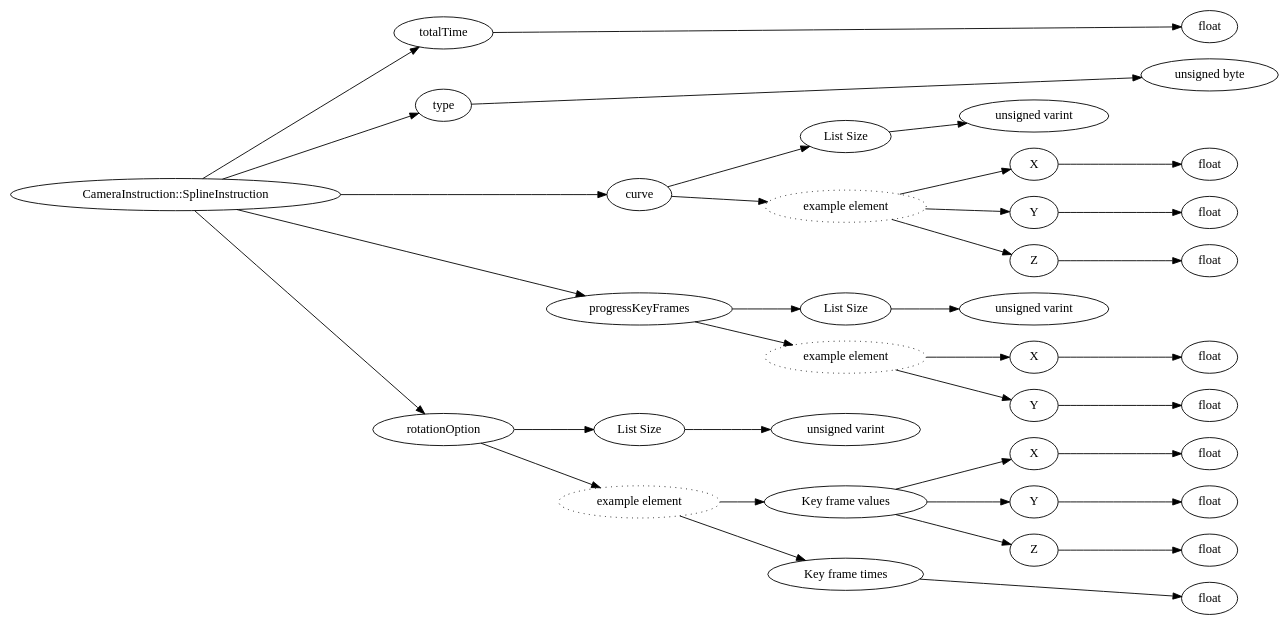
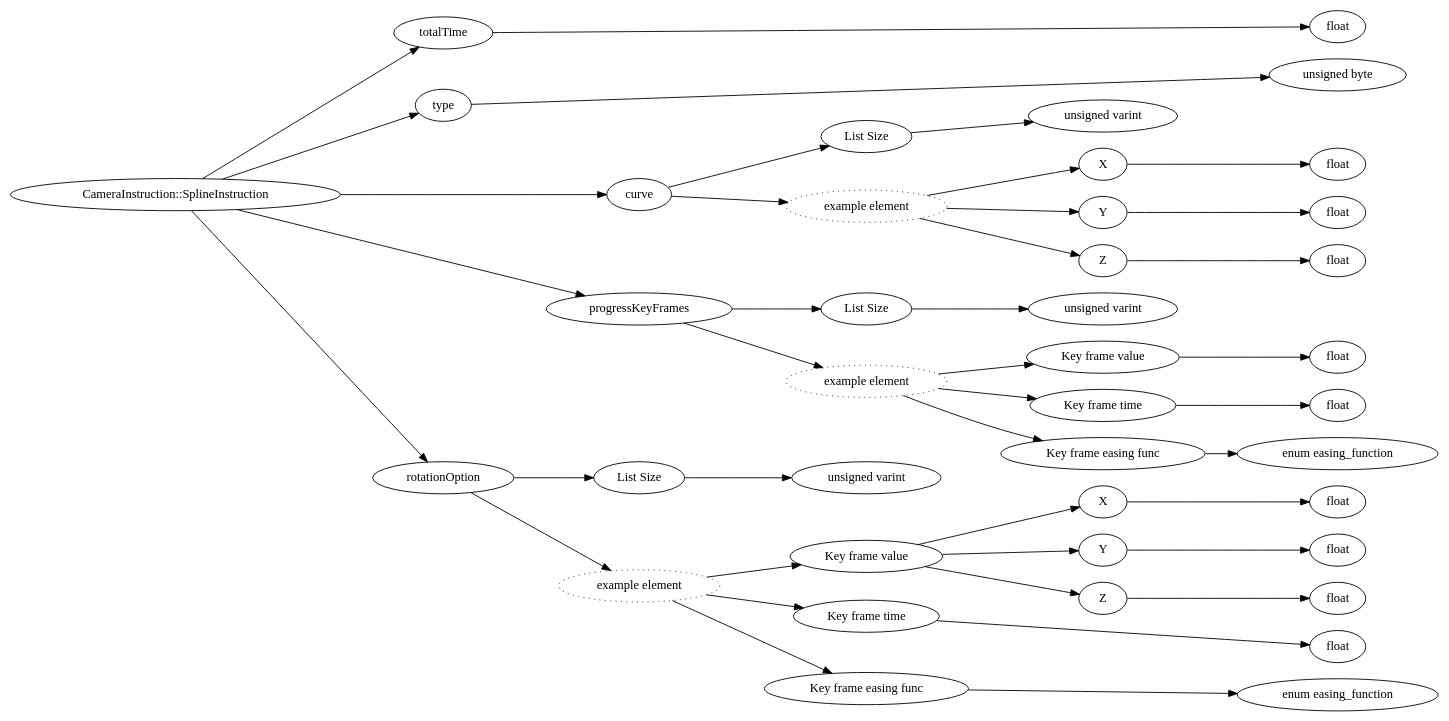
The diagram in dot/CameraInstruction__SplineInstruction.dot (ApocalypsjeNL/bedrock-protocol-docs), drawn with Graphviz before and after one commit. The commit also changed 604 other files, not shown here.

```diff
--- a/dot/CameraInstruction__SplineInstruction.dot
+++ b/dot/CameraInstruction__SplineInstruction.dot
@@ -1,78 +1,86 @@
 digraph "CameraInstruction::SplineInstruction" {
 rankdir = LR
 0
 0 -> 1
 1 -> 2
 0 -> 3
 3 -> 4
 0 -> 5
 5 -> 6
 6 -> 7
 5 -> 8
 8 -> 9
 9 -> 10
 8 -> 11
 11 -> 12
 8 -> 13
 13 -> 14
 0 -> 15
 15 -> 16
 16 -> 17
 15 -> 18
 18 -> 19
 19 -> 20
 18 -> 21
 21 -> 22
-0 -> 23
+18 -> 23
 23 -> 24
-24 -> 25
-23 -> 26
+0 -> 25
+25 -> 26
 26 -> 27
-27 -> 28
+25 -> 28
 28 -> 29
-27 -> 30
+29 -> 30
 30 -> 31
-27 -> 32
+29 -> 32
 32 -> 33
-26 -> 34
+29 -> 34
 34 -> 35
+28 -> 36
+36 -> 37
+28 -> 38
+38 -> 39
 
 0 [label="CameraInstruction::SplineInstruction",comment="name: \"CameraInstruction::SplineInstruction\", typeName: \"\", id: 0, branchId: 0, recurseId: -1, attributes: 0, notes: \"\""];
 1 [label="totalTime",comment="name: \"totalTime\", typeName: \"\", id: 1, branchId: 0, recurseId: -1, attributes: 0, notes: \"\""];
 2 [label="float",comment="name: \"float\", typeName: \"\", id: 2, branchId: 0, recurseId: -1, attributes: 512, notes: \"\""];
 3 [label="type",comment="name: \"type\", typeName: \"\", id: 3, branchId: 0, recurseId: -1, attributes: 0, notes: \"\""];
 4 [label="unsigned byte",comment="name: \"unsigned byte\", typeName: \"\", id: 4, branchId: 0, recurseId: -1, attributes: 512, notes: \"\""];
 5 [label="curve",comment="name: \"curve\", typeName: \"\", id: 5, branchId: 0, recurseId: -1, attributes: 0, notes: \"\""];
 6 [label="List Size",comment="name: \"List Size\", typeName: \"\", id: 6, branchId: 0, recurseId: -1, attributes: 0, notes: \"\""];
 7 [label="unsigned varint",comment="name: \"unsigned varint\", typeName: \"\", id: 7, branchId: 0, recurseId: -1, attributes: 0, notes: \"\""];
 8 [label="example element",style=dotted,comment="name: \"example element\", typeName: \"\", id: 8, branchId: 0, recurseId: -1, attributes: 16, notes: \"\""];
 9 [label="X",comment="name: \"X\", typeName: \"\", id: 9, branchId: 0, recurseId: -1, attributes: 0, notes: \"\""];
 10 [label="float",comment="name: \"float\", typeName: \"\", id: 10, branchId: 0, recurseId: -1, attributes: 512, notes: \"\""];
 11 [label="Y",comment="name: \"Y\", typeName: \"\", id: 11, branchId: 0, recurseId: -1, attributes: 0, notes: \"\""];
 12 [label="float",comment="name: \"float\", typeName: \"\", id: 12, branchId: 0, recurseId: -1, attributes: 512, notes: \"\""];
 13 [label="Z",comment="name: \"Z\", typeName: \"\", id: 13, branchId: 0, recurseId: -1, attributes: 0, notes: \"\""];
 14 [label="float",comment="name: \"float\", typeName: \"\", id: 14, branchId: 0, recurseId: -1, attributes: 512, notes: \"\""];
 15 [label="progressKeyFrames",comment="name: \"progressKeyFrames\", typeName: \"\", id: 15, branchId: 0, recurseId: -1, attributes: 0, notes: \"\""];
 16 [label="List Size",comment="name: \"List Size\", typeName: \"\", id: 16, branchId: 0, recurseId: -1, attributes: 0, notes: \"\""];
 17 [label="unsigned varint",comment="name: \"unsigned varint\", typeName: \"\", id: 17, branchId: 0, recurseId: -1, attributes: 0, notes: \"\""];
 18 [label="example element",style=dotted,comment="name: \"example element\", typeName: \"\", id: 18, branchId: 0, recurseId: -1, attributes: 16, notes: \"\""];
-19 [label="X",comment="name: \"X\", typeName: \"\", id: 19, branchId: 0, recurseId: -1, attributes: 0, notes: \"\""];
+19 [label="Key frame value",comment="name: \"Key frame value\", typeName: \"\", id: 19, branchId: 0, recurseId: -1, attributes: 0, notes: \"\""];
 20 [label="float",comment="name: \"float\", typeName: \"\", id: 20, branchId: 0, recurseId: -1, attributes: 512, notes: \"\""];
-21 [label="Y",comment="name: \"Y\", typeName: \"\", id: 21, branchId: 0, recurseId: -1, attributes: 0, notes: \"\""];
+21 [label="Key frame time",comment="name: \"Key frame time\", typeName: \"\", id: 21, branchId: 0, recurseId: -1, attributes: 0, notes: \"\""];
 22 [label="float",comment="name: \"float\", typeName: \"\", id: 22, branchId: 0, recurseId: -1, attributes: 512, notes: \"\""];
-23 [label="rotationOption",comment="name: \"rotationOption\", typeName: \"\", id: 23, branchId: 0, recurseId: -1, attributes: 0, notes: \"\""];
-24 [label="List Size",comment="name: \"List Size\", typeName: \"\", id: 24, branchId: 0, recurseId: -1, attributes: 0, notes: \"\""];
-25 [label="unsigned varint",comment="name: \"unsigned varint\", typeName: \"\", id: 25, branchId: 0, recurseId: -1, attributes: 0, notes: \"\""];
-26 [label="example element",style=dotted,comment="name: \"example element\", typeName: \"\", id: 26, branchId: 0, recurseId: -1, attributes: 16, notes: \"\""];
-27 [label="Key frame values",comment="name: \"Key frame values\", typeName: \"\", id: 27, branchId: 0, recurseId: -1, attributes: 0, notes: \"\""];
-28 [label="X",comment="name: \"X\", typeName: \"\", id: 28, branchId: 0, recurseId: -1, attributes: 0, notes: \"\""];
-29 [label="float",comment="name: \"float\", typeName: \"\", id: 29, branchId: 0, recurseId: -1, attributes: 512, notes: \"\""];
-30 [label="Y",comment="name: \"Y\", typeName: \"\", id: 30, branchId: 0, recurseId: -1, attributes: 0, notes: \"\""];
+23 [label="Key frame easing func",comment="name: \"Key frame easing func\", typeName: \"\", id: 23, branchId: 0, recurseId: -1, attributes: 0, notes: \"\""];
+24 [label="enum easing_function",comment="name: \"enum easing_function\", typeName: \"\", id: 24, branchId: 0, recurseId: -1, attributes: 512, notes: \"\""];
+25 [label="rotationOption",comment="name: \"rotationOption\", typeName: \"\", id: 25, branchId: 0, recurseId: -1, attributes: 0, notes: \"\""];
+26 [label="List Size",comment="name: \"List Size\", typeName: \"\", id: 26, branchId: 0, recurseId: -1, attributes: 0, notes: \"\""];
+27 [label="unsigned varint",comment="name: \"unsigned varint\", typeName: \"\", id: 27, branchId: 0, recurseId: -1, attributes: 0, notes: \"\""];
+28 [label="example element",style=dotted,comment="name: \"example element\", typeName: \"\", id: 28, branchId: 0, recurseId: -1, attributes: 16, notes: \"\""];
+29 [label="Key frame value",comment="name: \"Key frame value\", typeName: \"\", id: 29, branchId: 0, recurseId: -1, attributes: 0, notes: \"\""];
+30 [label="X",comment="name: \"X\", typeName: \"\", id: 30, branchId: 0, recurseId: -1, attributes: 0, notes: \"\""];
 31 [label="float",comment="name: \"float\", typeName: \"\", id: 31, branchId: 0, recurseId: -1, attributes: 512, notes: \"\""];
-32 [label="Z",comment="name: \"Z\", typeName: \"\", id: 32, branchId: 0, recurseId: -1, attributes: 0, notes: \"\""];
+32 [label="Y",comment="name: \"Y\", typeName: \"\", id: 32, branchId: 0, recurseId: -1, attributes: 0, notes: \"\""];
 33 [label="float",comment="name: \"float\", typeName: \"\", id: 33, branchId: 0, recurseId: -1, attributes: 512, notes: \"\""];
-34 [label="Key frame times",comment="name: \"Key frame times\", typeName: \"\", id: 34, branchId: 0, recurseId: -1, attributes: 0, notes: \"\""];
+34 [label="Z",comment="name: \"Z\", typeName: \"\", id: 34, branchId: 0, recurseId: -1, attributes: 0, notes: \"\""];
 35 [label="float",comment="name: \"float\", typeName: \"\", id: 35, branchId: 0, recurseId: -1, attributes: 512, notes: \"\""];
-{ rank = max;2;4;10;12;14;20;22;29;31;33;35}
+36 [label="Key frame time",comment="name: \"Key frame time\", typeName: \"\", id: 36, branchId: 0, recurseId: -1, attributes: 0, notes: \"\""];
+37 [label="float",comment="name: \"float\", typeName: \"\", id: 37, branchId: 0, recurseId: -1, attributes: 512, notes: \"\""];
+38 [label="Key frame easing func",comment="name: \"Key frame easing func\", typeName: \"\", id: 38, branchId: 0, recurseId: -1, attributes: 0, notes: \"\""];
+39 [label="enum easing_function",comment="name: \"enum easing_function\", typeName: \"\", id: 39, branchId: 0, recurseId: -1, attributes: 512, notes: \"\""];
+{ rank = max;2;4;10;12;14;20;22;24;31;33;35;37;39}
 
 }
```
